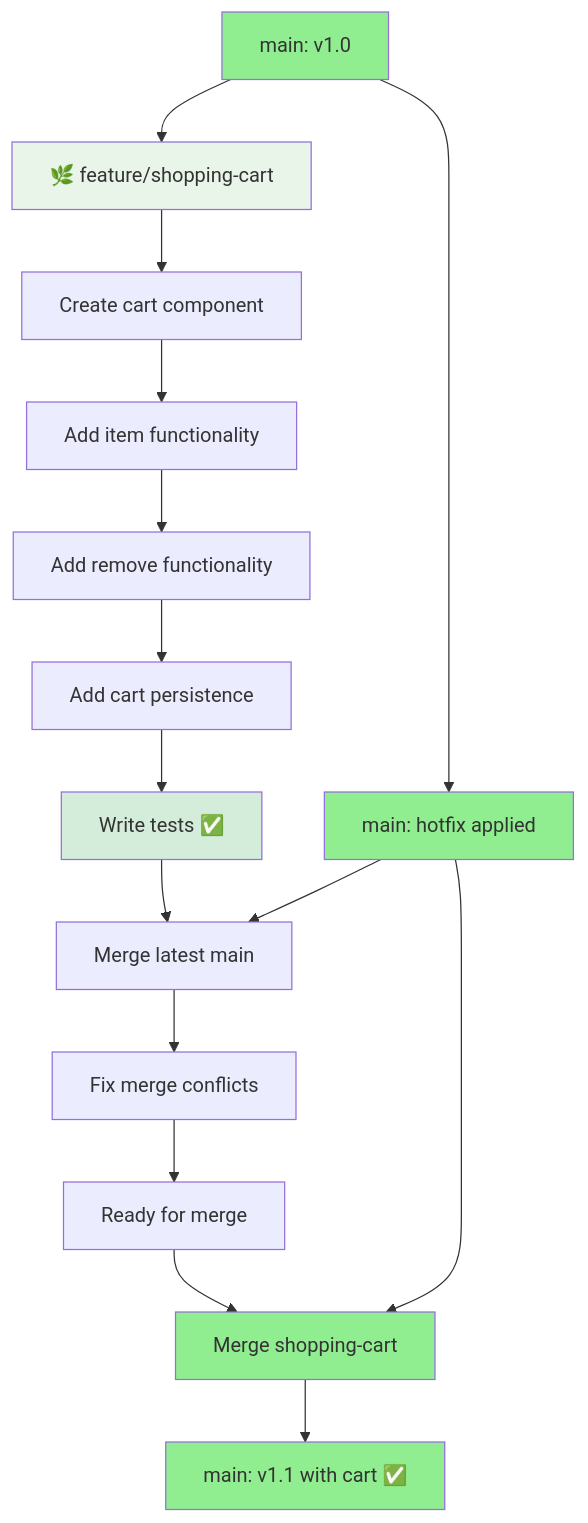
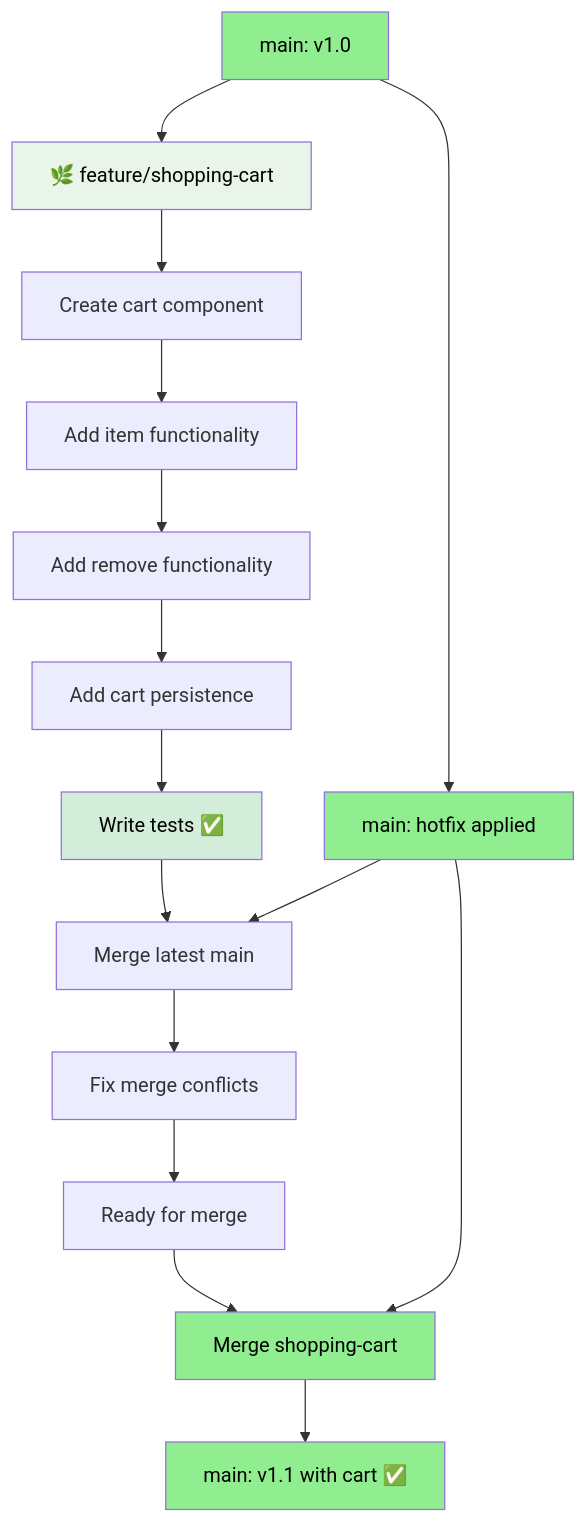
Before and after one commit to fightTone/GitBasic: the ninth of 11 diagrams in README.md, drawn with Mermaid. The commit also changed other lines of this file, not shown here.

Commit message:
readable diagrams

````diff
--- a/README.md
+++ b/README.md
@@ -436,27 +436,27 @@
 ```mermaid
 graph TD
     A[main: v1.0] --> B[🌿 feature/shopping-cart]
     B --> C[Create cart component]
     C --> D[Add item functionality]
     D --> E[Add remove functionality]
     E --> F[Add cart persistence]
     F --> G[Write tests ✅]
     
     A --> H[main: hotfix applied]
     
     G --> I[Merge latest main]
     H --> I
     I --> J[Fix merge conflicts]
     
     J --> K[Ready for merge]
     H --> L[Merge shopping-cart]
     K --> L
     L --> M[main: v1.1 with cart ✅]
     
-    style A fill:#90EE90
-    style H fill:#90EE90
-    style L fill:#90EE90
-    style M fill:#90EE90
-    style B fill:#E8F5E8
-    style G fill:#D4EDDA
+    style A fill:#90EE90,color:#000000
+    style H fill:#90EE90,color:#000000
+    style L fill:#90EE90,color:#000000
+    style M fill:#90EE90,color:#000000
+    style B fill:#E8F5E8,color:#000000
+    style G fill:#D4EDDA,color:#000000
 ```
````
